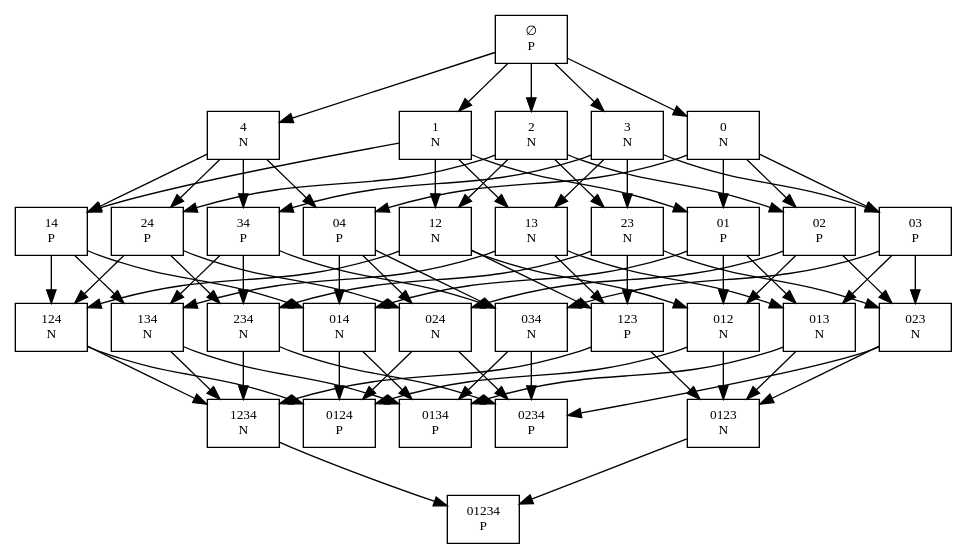
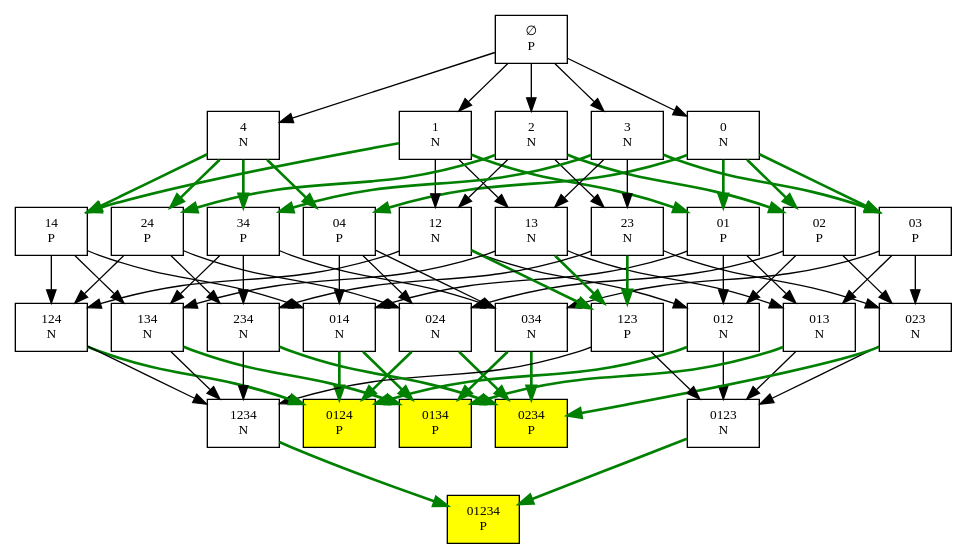
Before and after one commit to AdirAli/sparse-ruler-n-p-position: the diagram in game_tree/decision_tree_01234.dot, drawn with Graphviz. The commit also changed 14 other files, not shown here.

Commit message:
Highlited final p position in yellow and arrows representing "good move" in green

```diff
--- a/game_tree/decision_tree_01234.dot
+++ b/game_tree/decision_tree_01234.dot
@@ -1,114 +1,114 @@
 digraph G {
   rankdir=TB;
   node [shape=box, fontsize=10];
   n0 [label="∅\nP"];
   n1 [label="0\nN"];
   n2 [label="01\nP"];
   n3 [label="012\nN"];
   n4 [label="0123\nN"];
-  n5 [label="01234\nP"];
-  n6 [label="0124\nP"];
+  n5 [label="01234\nP", style=filled, fillcolor=yellow];
+  n6 [label="0124\nP", style=filled, fillcolor=yellow];
   n7 [label="013\nN"];
-  n8 [label="0134\nP"];
+  n8 [label="0134\nP", style=filled, fillcolor=yellow];
   n9 [label="014\nN"];
   n10 [label="02\nP"];
   n11 [label="023\nN"];
-  n12 [label="0234\nP"];
+  n12 [label="0234\nP", style=filled, fillcolor=yellow];
   n13 [label="024\nN"];
   n14 [label="03\nP"];
   n15 [label="034\nN"];
   n16 [label="04\nP"];
   n17 [label="1\nN"];
   n18 [label="12\nN"];
   n19 [label="123\nP"];
   n20 [label="1234\nN"];
   n21 [label="124\nN"];
   n22 [label="13\nN"];
   n23 [label="134\nN"];
   n24 [label="14\nP"];
   n25 [label="2\nN"];
   n26 [label="23\nN"];
   n27 [label="234\nN"];
   n28 [label="24\nP"];
   n29 [label="3\nN"];
   n30 [label="34\nP"];
   n31 [label="4\nN"];
 
   n0 -> n1;
   n0 -> n17;
   n0 -> n25;
   n0 -> n29;
   n0 -> n31;
-  n1 -> n2;
-  n1 -> n10;
-  n1 -> n14;
-  n1 -> n16;
+  n1 -> n2 [color=green, penwidth=2.0];
+  n1 -> n10 [color=green, penwidth=2.0];
+  n1 -> n14 [color=green, penwidth=2.0];
+  n1 -> n16 [color=green, penwidth=2.0];
   n2 -> n3;
   n2 -> n7;
   n2 -> n9;
   n3 -> n4;
-  n3 -> n6;
-  n4 -> n5;
+  n3 -> n6 [color=green, penwidth=2.0];
+  n4 -> n5 [color=green, penwidth=2.0];
   n7 -> n4;
-  n7 -> n8;
-  n9 -> n6;
-  n9 -> n8;
+  n7 -> n8 [color=green, penwidth=2.0];
+  n9 -> n6 [color=green, penwidth=2.0];
+  n9 -> n8 [color=green, penwidth=2.0];
   n10 -> n3;
   n10 -> n11;
   n10 -> n13;
   n11 -> n4;
-  n11 -> n12;
-  n13 -> n6;
-  n13 -> n12;
+  n11 -> n12 [color=green, penwidth=2.0];
+  n13 -> n6 [color=green, penwidth=2.0];
+  n13 -> n12 [color=green, penwidth=2.0];
   n14 -> n7;
   n14 -> n11;
   n14 -> n15;
-  n15 -> n8;
-  n15 -> n12;
+  n15 -> n8 [color=green, penwidth=2.0];
+  n15 -> n12 [color=green, penwidth=2.0];
   n16 -> n9;
   n16 -> n13;
   n16 -> n15;
-  n17 -> n2;
+  n17 -> n2 [color=green, penwidth=2.0];
   n17 -> n18;
   n17 -> n22;
-  n17 -> n24;
+  n17 -> n24 [color=green, penwidth=2.0];
   n18 -> n3;
-  n18 -> n19;
+  n18 -> n19 [color=green, penwidth=2.0];
   n18 -> n21;
   n19 -> n4;
   n19 -> n20;
-  n20 -> n5;
-  n21 -> n6;
+  n20 -> n5 [color=green, penwidth=2.0];
+  n21 -> n6 [color=green, penwidth=2.0];
   n21 -> n20;
   n22 -> n7;
-  n22 -> n19;
+  n22 -> n19 [color=green, penwidth=2.0];
   n22 -> n23;
-  n23 -> n8;
+  n23 -> n8 [color=green, penwidth=2.0];
   n23 -> n20;
   n24 -> n9;
   n24 -> n21;
   n24 -> n23;
-  n25 -> n10;
+  n25 -> n10 [color=green, penwidth=2.0];
   n25 -> n18;
   n25 -> n26;
-  n25 -> n28;
+  n25 -> n28 [color=green, penwidth=2.0];
   n26 -> n11;
-  n26 -> n19;
+  n26 -> n19 [color=green, penwidth=2.0];
   n26 -> n27;
-  n27 -> n12;
+  n27 -> n12 [color=green, penwidth=2.0];
   n27 -> n20;
   n28 -> n13;
   n28 -> n21;
   n28 -> n27;
-  n29 -> n14;
+  n29 -> n14 [color=green, penwidth=2.0];
   n29 -> n22;
   n29 -> n26;
-  n29 -> n30;
+  n29 -> n30 [color=green, penwidth=2.0];
   n30 -> n15;
   n30 -> n23;
   n30 -> n27;
-  n31 -> n16;
-  n31 -> n24;
-  n31 -> n28;
-  n31 -> n30;
+  n31 -> n16 [color=green, penwidth=2.0];
+  n31 -> n24 [color=green, penwidth=2.0];
+  n31 -> n28 [color=green, penwidth=2.0];
+  n31 -> n30 [color=green, penwidth=2.0];
 }
```
